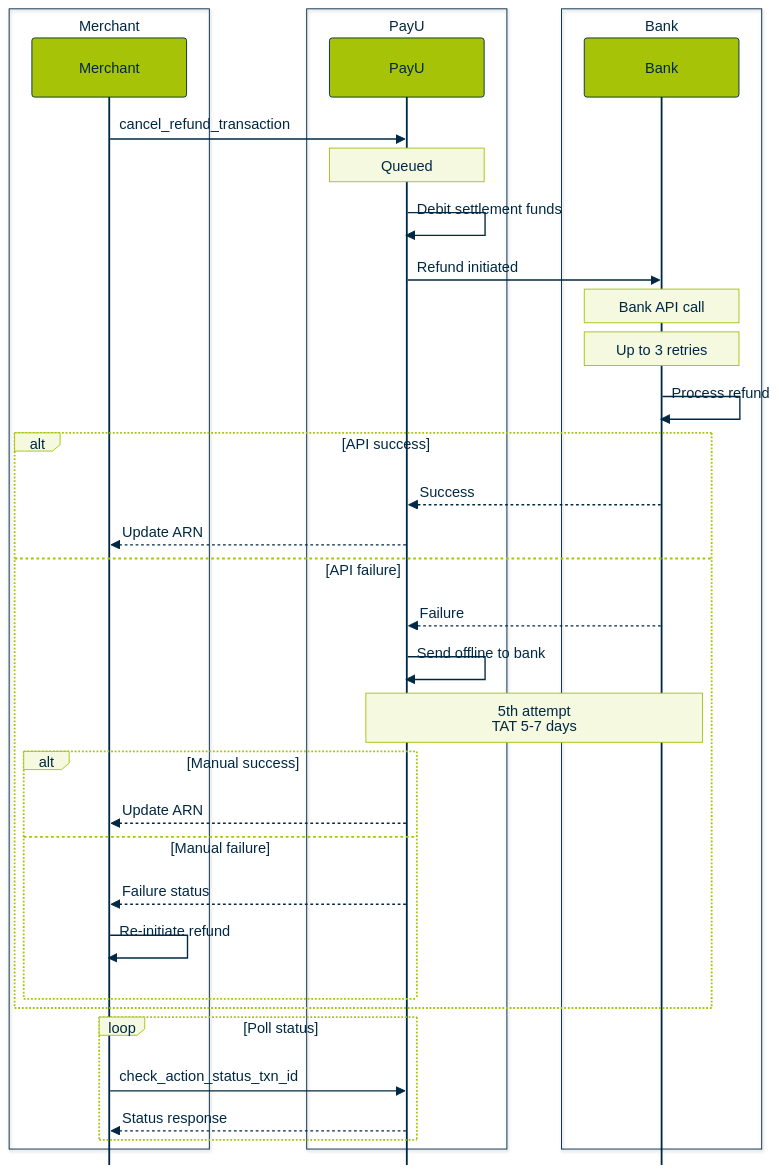
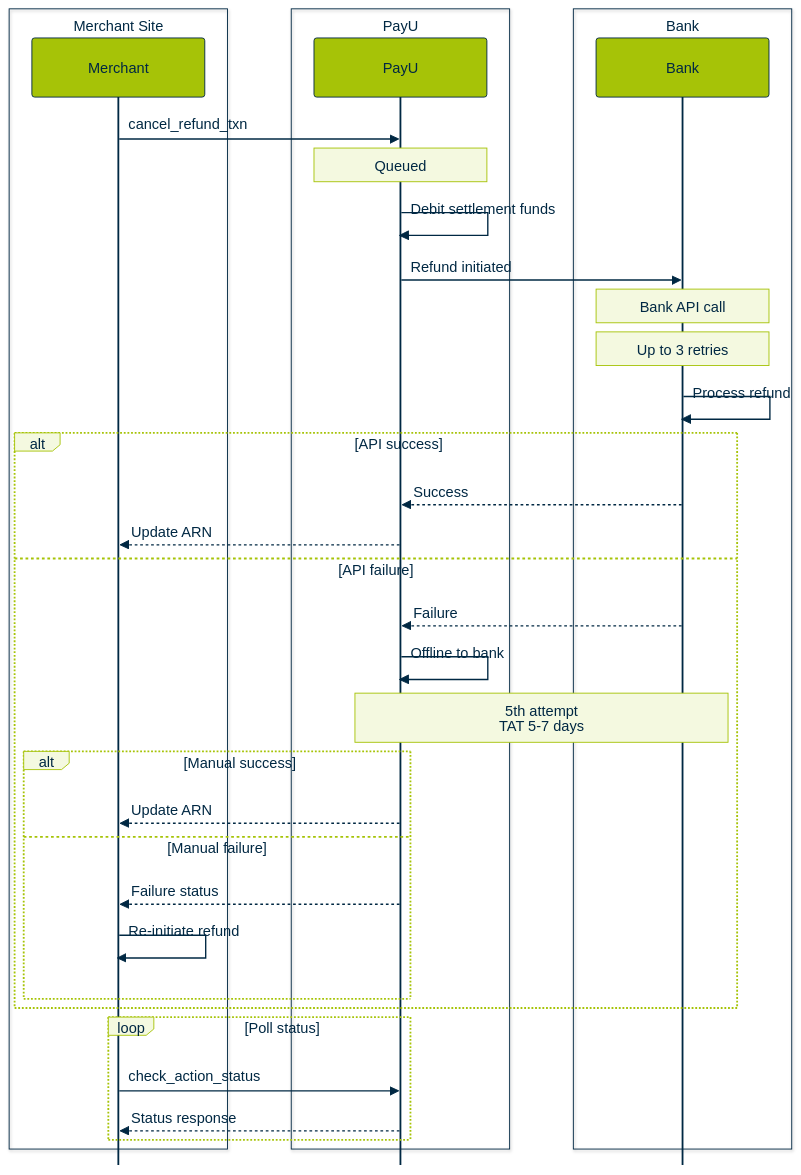
The third of 17 diagrams in docs/RECYCLE BIN/internal-review-swimlane-diagrams.md (payu-india/CMS-Chatbot), drawn with Mermaid before and after one commit. The commit also changed other lines of this file, not shown here.

Commit message:
Update doc `internal-review-swimlane-diagrams`

```diff
--- a/docs/RECYCLE BIN/internal-review-swimlane-diagrams.md
+++ b/docs/RECYCLE BIN/internal-review-swimlane-diagrams.md
@@ -158,11 +165,11 @@
     "mirrorActors": false,
     "rightAngles": true,
     "messageAlign": "left",
-    "fontSize": 12,
-    "actorFontSize": 12,
-    "noteFontSize": 11,
-    "actorMargin": 90,
-    "width": 170,
+    "fontSize": 10,
+    "actorFontSize": 10,
+    "noteFontSize": 10,
+    "actorMargin": 100,
+    "width": 190,
     "boxMargin": 10,
     "messageMargin": 38,
     "diagramMarginX": 60,
@@ -170,7 +177,7 @@
   },
   "themeVariables": {
     "fontFamily": "Arial, Helvetica, sans-serif",
-    "fontSize": "12px",
+    "fontSize": "10px",
     "background": "#FFFFFF",
     "primaryColor": "#A6C307",
     "primaryTextColor": "#002843",
@@ -194,7 +201,7 @@
   }
 }}%%
 sequenceDiagram
-    box Merchant
+    box Merchant Site
         participant Merchant
     end
     box PayU
@@ -204,7 +211,7 @@
         participant Bank
     end
 
-    Merchant->>PayU: cancel_refund_transaction
+    Merchant->>PayU: cancel_refund_txn
     Note over PayU: Queued
 
     PayU->>PayU: Debit settlement funds
@@ -220,7 +227,7 @@
         PayU-->>Merchant: Update ARN
     else API failure
         Bank-->>PayU: Failure
-        PayU->>PayU: Send offline to bank
+        PayU->>PayU: Offline to bank
         Note over PayU,Bank: 5th attempt<br/>TAT 5-7 days
         alt Manual success
             PayU-->>Merchant: Update ARN
@@ -231,7 +238,7 @@
     end
 
     loop Poll status
-        Merchant->>PayU: check_action_status_txn_id
+        Merchant->>PayU: check_action_status
         PayU-->>Merchant: Status response
     end
 
```
